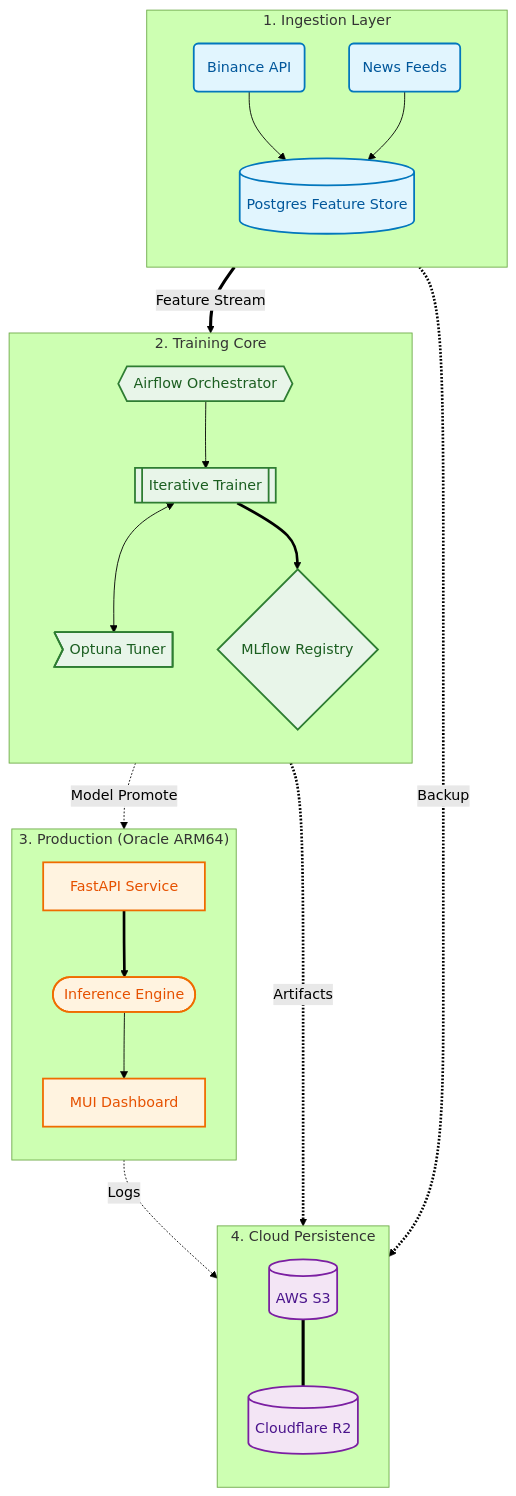
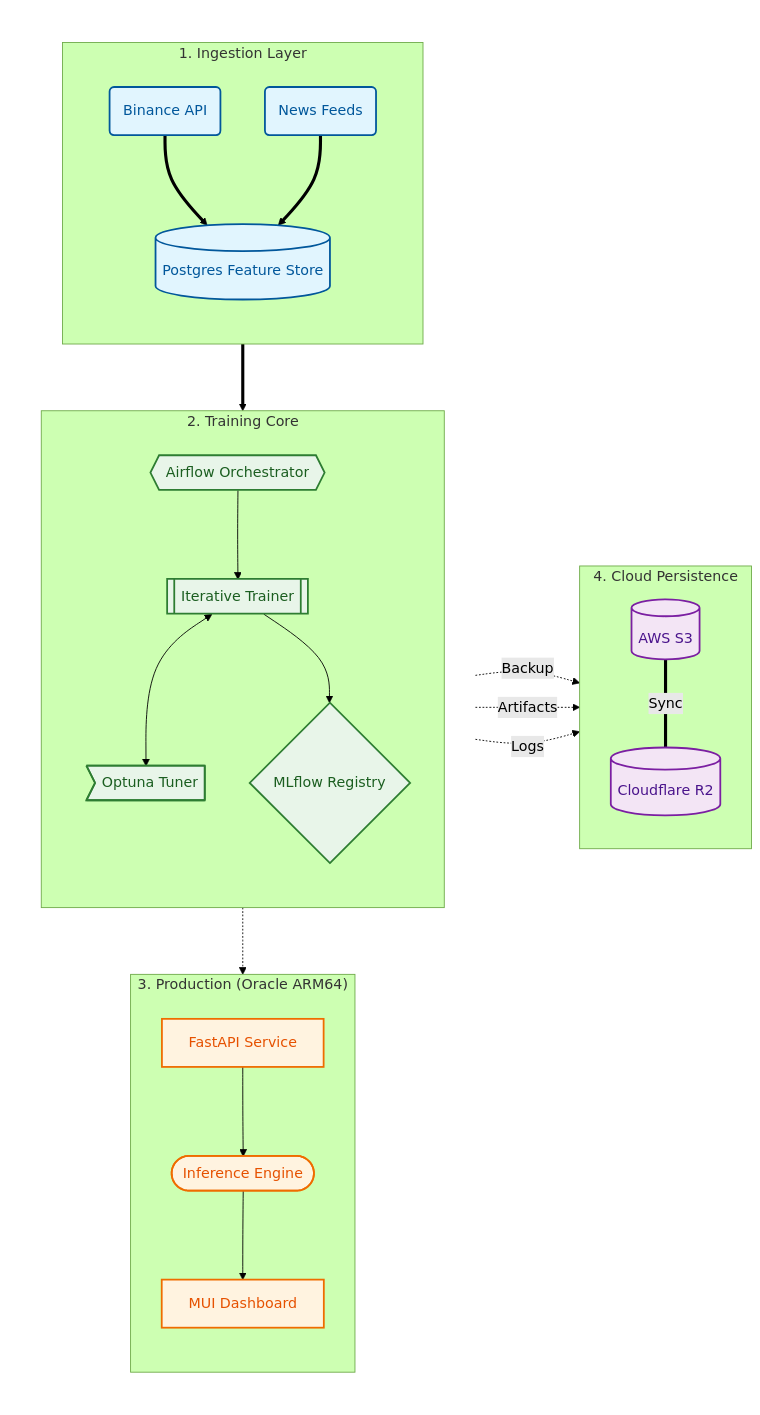
One commit to ChuLiYu/alphapulse-mlops-platform changed the diagram in README.md. Above: the diagram before and after it, drawn with Mermaid (forest theme).

Commit message:
docs: finalize mermaid layout with hybrid LR/TB structure to solve overlap

````diff
--- a/README.md
+++ b/README.md
@@ -14,73 +14,69 @@
 ```mermaid
 %%{init: {'flowchart': {'curve': 'basis'}}}%%
-flowchart TD
-    %% --- Color Palette ---
-    classDef data fill:#E1F5FE,stroke:#0277BD,stroke-width:2px,color:#01579B;
+flowchart LR
+    %% --- Palette ---
+    classDef data fill:#E1F5FE,stroke:#01579B,stroke-width:2px,color:#01579B;
     classDef compute fill:#E8F5E9,stroke:#2E7D32,stroke-width:2px,color:#1B5E20;
     classDef prod fill:#FFF3E0,stroke:#EF6C00,stroke-width:2px,color:#E65100;
     classDef storage fill:#F3E5F5,stroke:#7B1FA2,stroke-width:2px,color:#4A148C;
+    classDef container fill:#FFFFFF,stroke:#EEEEEE,stroke-width:1px,stroke-dasharray: 5 5;
 
-    %% --- 1. Subgraph Definitions (No Connections Yet) ---
-    subgraph Data_Hub ["1. Ingestion Layer"]
+    %% --- LEFT COLUMN: Main Pipeline (Vertical Stack) ---
+    subgraph Core_System [" "]
         direction TB
-        S1(Binance API)
-        S2(News Feeds)
-        FS[(Postgres Feature Store)]
+        style Core_System fill:none,stroke:none
+
+        subgraph Data_Hub ["1. Ingestion Layer"]
+            direction TB
+            S1(Binance API)
+            S2(News Feeds)
+            FS[(Postgres Feature Store)]
+        end
+
+        subgraph MLOps_Engine ["2. Training Core"]
+            direction TB
+            T1{{Airflow Orchestrator}}
+            T2[[Iterative Trainer]]
+            T3{MLflow Registry}
+            T4>Optuna Tuner]
+        end
+
+        subgraph Prod_Cluster ["3. Production (Oracle ARM64)"]
+            direction TB
+            P1[FastAPI Service]
+            P2[MUI Dashboard]
+            P3([Inference Engine])
+        end
     end
 
-    subgraph MLOps_Engine ["2. Training Core"]
-        direction TB
-        T1{{Airflow Orchestrator}}
-        T2[[Iterative Trainer]]
-        T3{MLflow Registry}
-        T4>Optuna Tuner]
-    end
-
-    subgraph Prod_Cluster ["3. Production (Oracle ARM64)"]
-        direction TB
-        P1[FastAPI Service]
-        P2[MUI Dashboard]
-        P3([Inference Engine])
-    end
-
-    subgraph Cloud_Tier ["4. Cloud Persistence"]
+    %% --- RIGHT COLUMN: Storage (Vertical Stack) ---
+    subgraph Storage_System ["4. Cloud Persistence"]
         direction TB
         ST1[(AWS S3)]
         ST2[(Cloudflare R2)]
     end
 
-    %% --- 2. Internal Connections (Short) ---
-    %% Data Hub Internal
-    S1 & S2 --> FS
-    
-    %% Training Internal
+    %% --- Routing ---
+    %% Vertical Flow (Inside Core)
+    S1 & S2 ==> FS
+    FS ==> T1
     T1 --> T2
     T2 <--> T4
     T2 --> T3
-    
-    %% Production Internal
+    T3 -.-> P1
     P1 --> P3
     P3 --> P2
-    
-    %% Storage Internal
-    ST1 === ST2
 
-    %% --- 3. Cross-Layer Connections (Long - Drawn Last to stay on Top) ---
-    %% Main Flow
-    FS ==>|Feature Stream| T1
-    T3 -.->|Model Promote| P1
-    
-    %% Side Flows (Storage) - Using linkStyle to ensure visibility
+    %% Horizontal Flow (Core -> Storage)
+    %% These arrows will fly to the right, avoiding all text
     FS -.->|Backup| ST1
     T3 -.->|Artifacts| ST1
     P1 -.->|Logs| ST1
+    ST1 ===|Sync| ST2
 
     %% --- Styles ---
     class S1,S2,FS data
     class T1,T2,T3,T4 compute
     class P1,P2,P3 prod
     class ST1,ST2 storage
-    
-    %% Force thicker strokes for main flow
-    linkStyle 4,5,10,11 stroke-width:3px;
 ```
````
